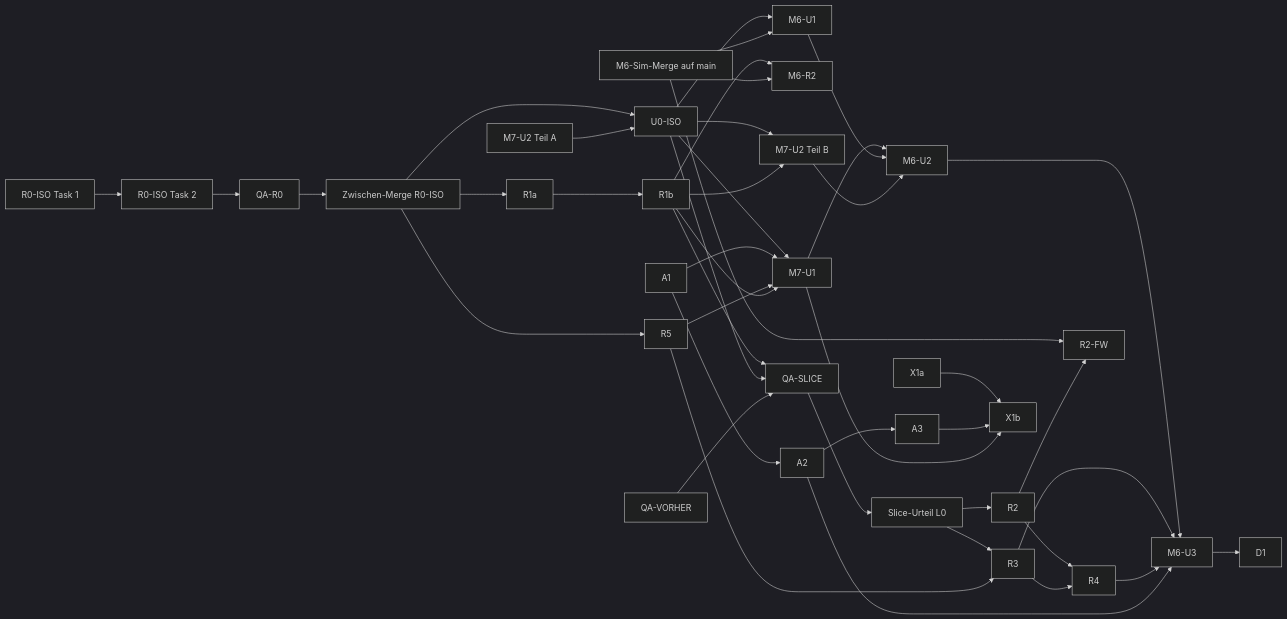
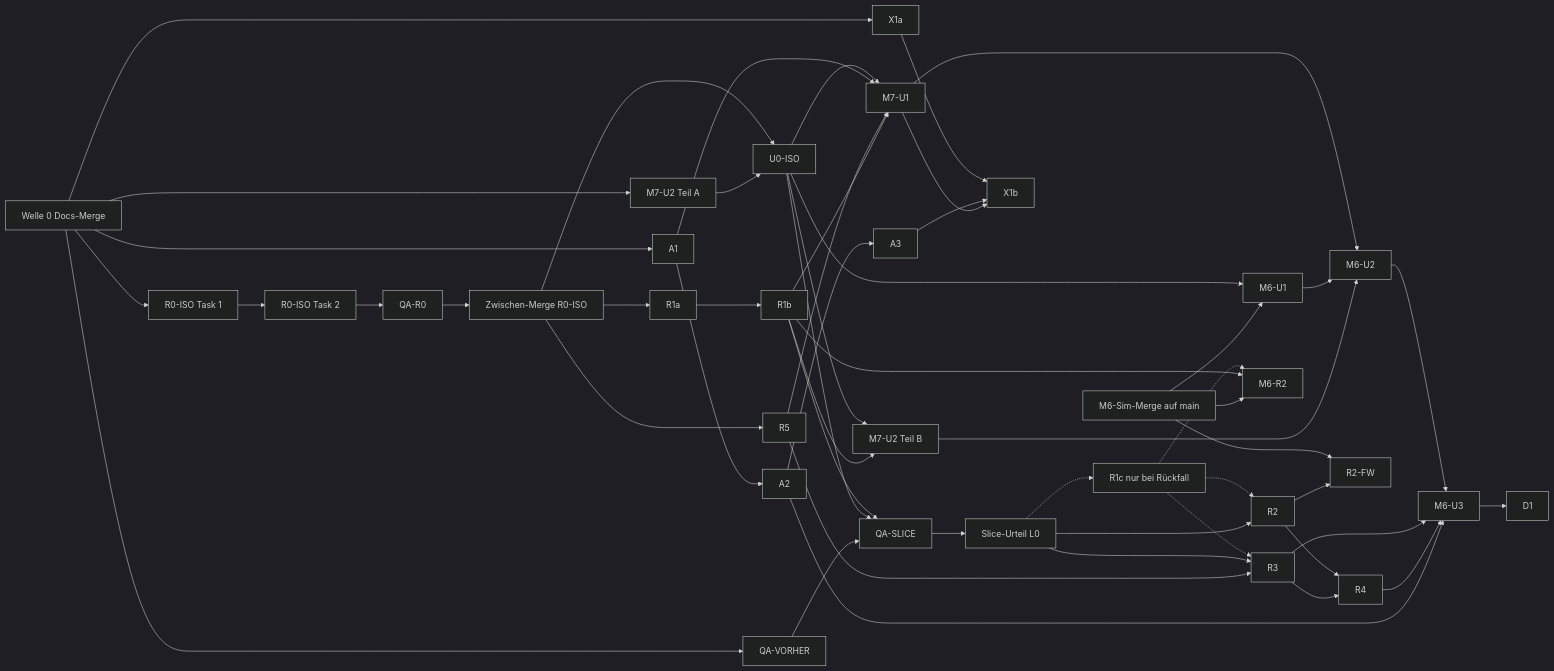
One commit to konstantinniedermann/Inselreich changed the diagram in docs/superpowers/plans/2026-09-30-m7-stimmung.md. Above: the diagram before and after it, drawn with Mermaid (dark theme). The commit also changed other lines of this file, not shown here.

First line of the commit message:
docs: M7-Plan Nacharbeit Gate Plan nach R96 (Welle 0, SHA-Merges, Budget 78, R1c, Teil B, QA-Auflagen)

````diff
--- a/docs/superpowers/plans/2026-09-30-m7-stimmung.md
+++ b/docs/superpowers/plans/2026-09-30-m7-stimmung.md
@@ -246,44 +267,53 @@
 ```mermaid
 graph LR
-  R0T1[R0-ISO Task 1] --> R0T2[R0-ISO Task 2]
+  W0[Welle 0 Docs-Merge] --> R0T1[R0-ISO Task 1]
+  W0 --> U2A
+  W0 --> A1
+  W0 --> X1a
+  W0 --> VOR
+  R0T1 --> R0T2[R0-ISO Task 2]
   R0T2 --> QAR0[QA-R0]
   QAR0 --> ZM[Zwischen-Merge R0-ISO]
   ZM --> R1a
   ZM --> U0[U0-ISO]
   ZM --> R5
   U2A[M7-U2 Teil A] --> U0
   R1a --> R1b
   R1b --> QAS[QA-SLICE]
   U0 --> QAS
   VOR[QA-VORHER] --> QAS
   QAS --> SLICE[Slice-Urteil L0]
+  SLICE -.-> R1c[R1c nur bei Rückfall]
+  R1c -.-> R2
+  R1c -.-> R3
+  R1c -.-> M6R2
   SLICE --> R2
   SLICE --> R3
   R5 --> R3
   R2 --> R4
   R3 --> R4
   R1b --> M6R2[M6-R2]
   M6SIM[M6-Sim-Merge auf main] --> M6R2
   M6SIM --> R2FW[R2-FW]
   R2 --> R2FW
   A1 --> A2 --> A3
   X1a --> X1b
   A3 --> X1b
   U0 --> U2B[M7-U2 Teil B]
   R1b --> U2B
   U0 --> U1[M7-U1]
   A1 --> U1
   R5 --> U1
   R1b --> U1
   U0 --> M6U1[M6-U1]
   M6SIM --> M6U1
   U1 --> M6U2[M6-U2]
   M6U1 --> M6U2
   U2B --> M6U2
   M6U2 --> M6U3[M6-U3]
   R3 --> M6U3
   R4 --> M6U3
   A2 --> M6U3
   U1 --> X1b
   M6U3 --> D1
 ```
````
